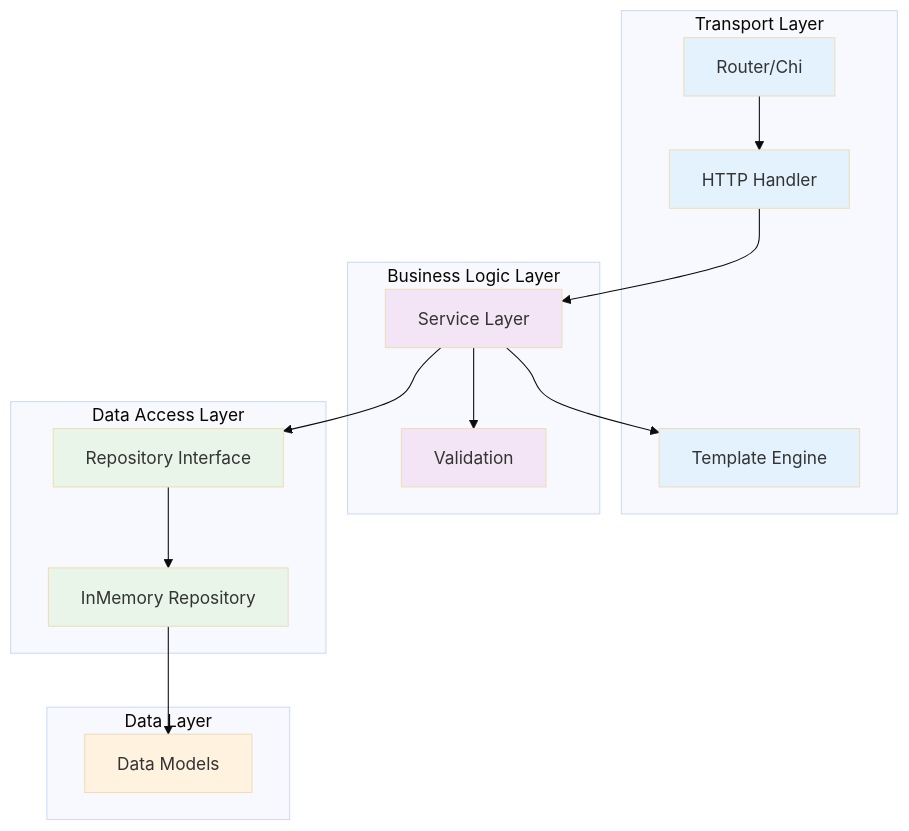
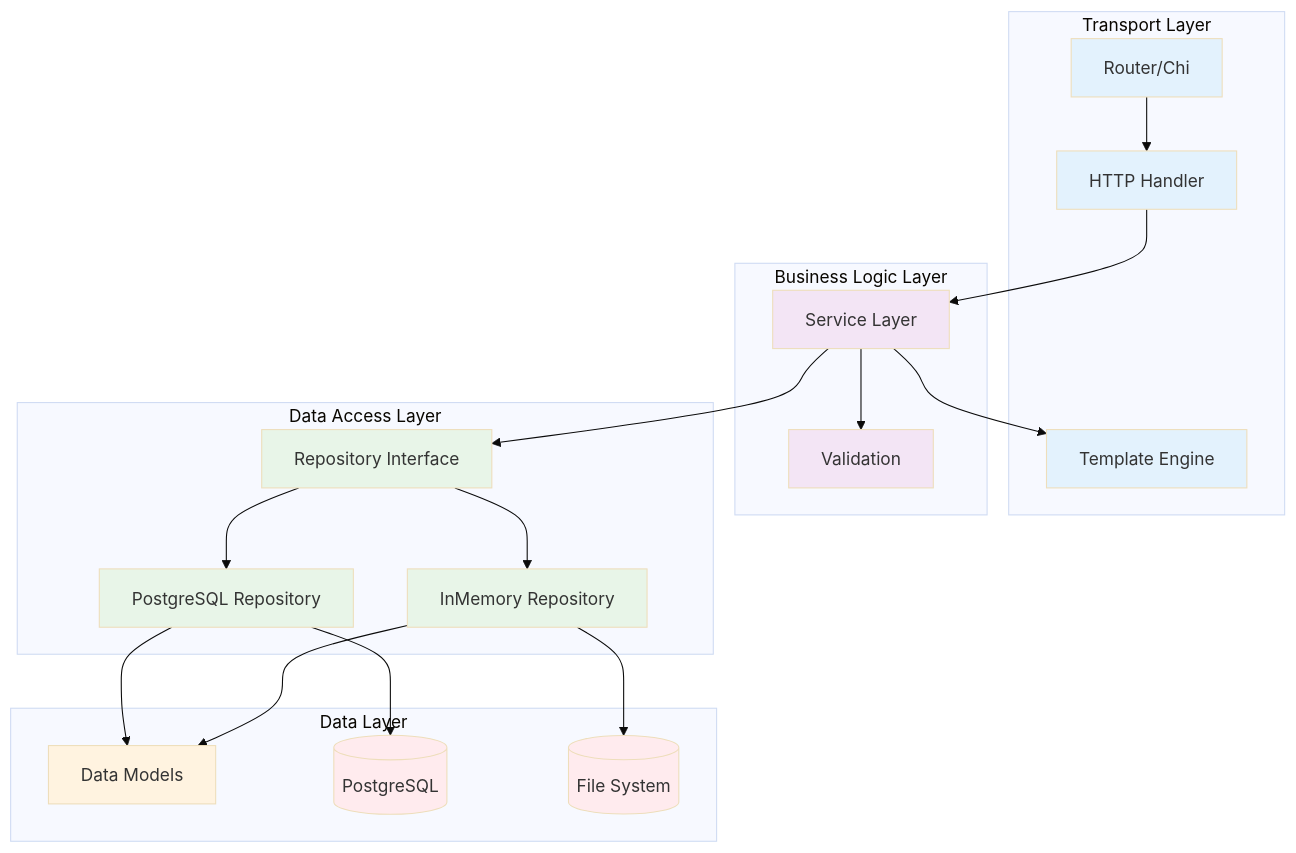
Before and after one commit to IgorKilipenko/metrical: the first of 2 diagrams in cmd/server/README.md, drawn with Mermaid (base theme). The commit also changed other lines of this file and 3 other files, not shown here.

First line of the commit message:
docs: updated documentation for PostgreSQL support

````diff
--- a/cmd/server/README.md
+++ b/cmd/server/README.md
@@ -463,39 +506,49 @@
 ```mermaid
 graph TB
     subgraph "Transport Layer"
         H[HTTP Handler]
         R[Router/Chi]
         T[Template Engine]
     end
     
     subgraph "Business Logic Layer"
         S[Service Layer]
         VAL[Validation]
     end
     
     subgraph "Data Access Layer"
         REPO[Repository Interface]
         IMR[InMemory Repository]
+        PGR[PostgreSQL Repository]
     end
     
     subgraph "Data Layer"
         MODELS[Data Models]
+        PG[(PostgreSQL)]
+        FS[(File System)]
     end
     
     H --> S
     R --> H
     S --> REPO
     REPO --> IMR
+    REPO --> PGR
+    IMR --> FS
+    PGR --> PG
     IMR --> MODELS
+    PGR --> MODELS
     S --> T
     S --> VAL
     
     style H fill:#e3f2fd
     style R fill:#e3f2fd
     style T fill:#e3f2fd
     style S fill:#f3e5f5
     style VAL fill:#f3e5f5
     style REPO fill:#e8f5e8
     style IMR fill:#e8f5e8
+    style PGR fill:#e8f5e8
     style MODELS fill:#fff3e0
+    style PG fill:#ffebee
+    style FS fill:#ffebee
 ```
````
